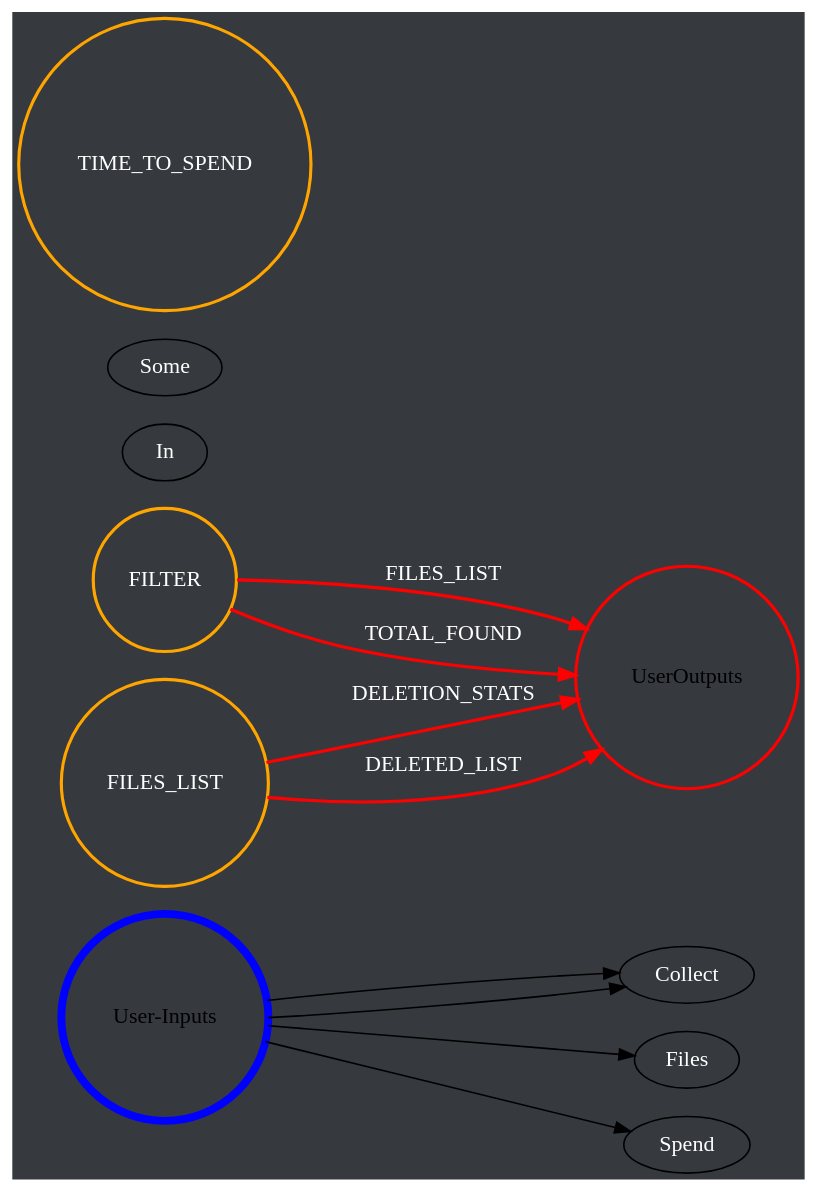
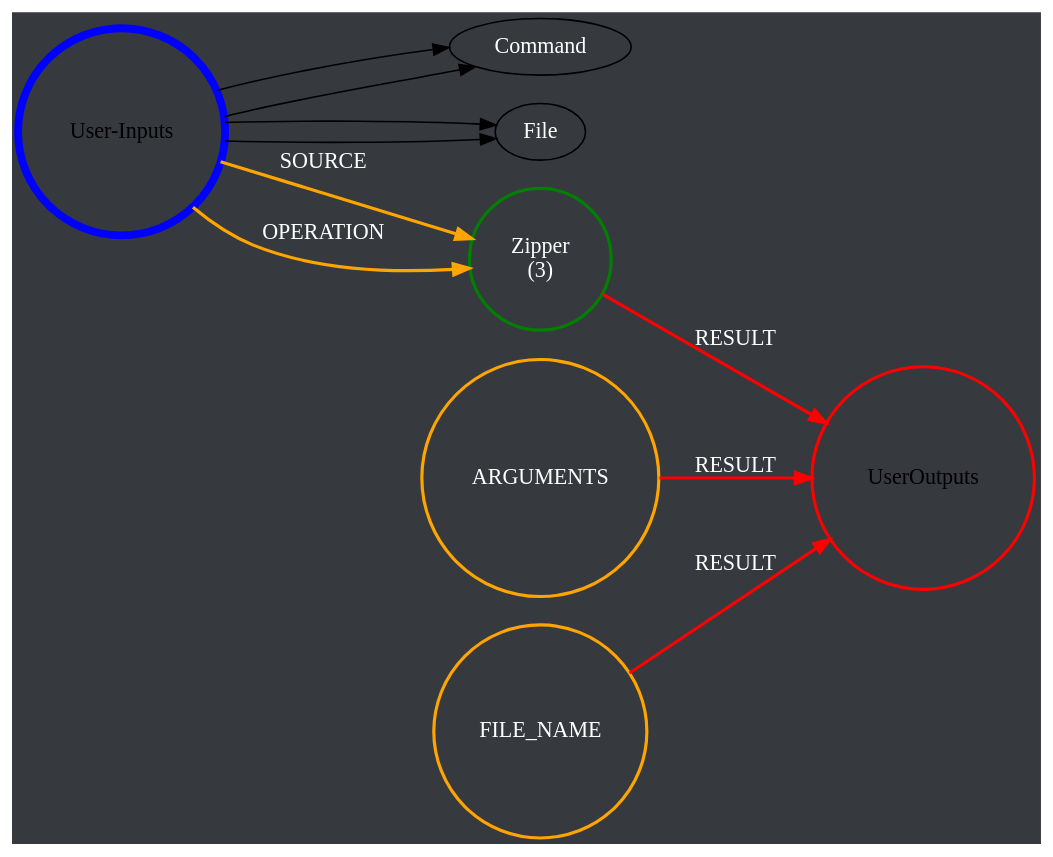
Before and after one commit to Asaf-prog/stepper: the diagram in stepper_GUI/src/app/body/flowDefinitionPresent/flow.dot, drawn with Graphviz. The commit also changed 6 other files, not shown here.

```diff
--- a/stepper_GUI/src/app/body/flowDefinitionPresent/flow.dot
+++ b/stepper_GUI/src/app/body/flowDefinitionPresent/flow.dot
@@ -1,21 +1,22 @@
 digraph FlowDiagram {
   rankdir=LR;
   size="400,400";
    bgcolor="#36393e";
   user_inputs [label="User-Inputs", shape=circle, color=blue, penwidth=5 ];
   user_outputs [label="User-Outputs", shape=circle, color=red, penwidth=5 ];
   node [fontcolor=white];
   edge [fontcolor=white];
-  Collect Files In Folder [label="Collect Files In Folder\n(1)", shape=circle, color=green, penwidth=2 ];
-  Spend Some Time [label="Spend Some Time\n(2)", shape=circle, color=green, penwidth=2 ];
-  Files Deleter [label="Files Deleter\n(3)", shape=circle, color=green, penwidth=2 ];
-  user_inputs -> Collect Files In Folder [label="FOLDER_NAME", color=orange, penwidth=2 ];
-  user_inputs -> Collect Files In Folder [label="FILTER", color=orange, penwidth=2 ];
-  Collect Files In Folder -> user_outputs [label="FILES_LIST", color=red, penwidth=2 ];
-  Collect Files In Folder -> user_outputs [label="TOTAL_FOUND", color=red, penwidth=2 ];
-  user_inputs -> Spend Some Time [label="TIME_TO_SPEND", color=orange, penwidth=2 ];
-  user_inputs -> Files Deleter [label="FILES_LIST", color=orange, penwidth=2 ];
-  Files Deleter -> user_outputs [label="DELETION_STATS", color=red, penwidth=2 ];
-  Files Deleter -> user_outputs [label="DELETED_LIST", color=red, penwidth=2 ];
+  Command Line [label="Command Line\n(1)", shape=circle, color=green, penwidth=2 ];
+  File Dumper [label="File Dumper\n(2)", shape=circle, color=green, penwidth=2 ];
+  Zipper [label="Zipper\n(3)", shape=circle, color=green, penwidth=2 ];
+  user_inputs -> Command Line [label="COMMAND", color=orange, penwidth=2 ];
+  user_inputs -> Command Line [label="ARGUMENTS", color=orange, penwidth=2 ];
+  Command Line -> user_outputs [label="RESULT", color=red, penwidth=2 ];
+  user_inputs -> File Dumper [label="CONTENT", color=orange, penwidth=2 ];
+  user_inputs -> File Dumper [label="FILE_NAME", color=orange, penwidth=2 ];
+  File Dumper -> user_outputs [label="RESULT", color=red, penwidth=2 ];
+  user_inputs -> Zipper [label="SOURCE", color=orange, penwidth=2 ];
+  user_inputs -> Zipper [label="OPERATION", color=orange, penwidth=2 ];
+  Zipper -> user_outputs [label="RESULT", color=red, penwidth=2 ];
   user_outputs [label="UserOutputs", shape=circle, color=red , penwidth=2 ];
 }
```
